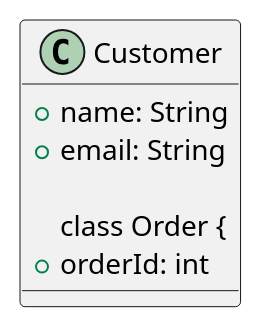
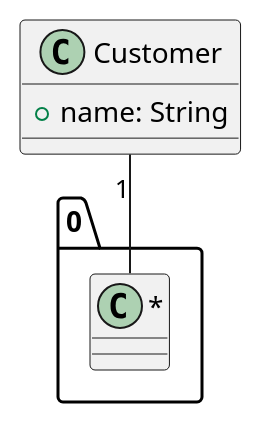
One commit to Haibrosh/OOAD_PlantUML_CICD changed the diagram in docs/test-diagram.puml. Above: the diagram before and after it, drawn with PlantUML. The commit also changed 1 other file, not shown here.

```diff
--- a/docs/test-diagram.puml
+++ b/docs/test-diagram.puml
@@ -1,11 +1,9 @@
 @startuml
 
 class Customer {
     +name: String
-    +email: String
-
-class Order {
-    +orderId: int
 }
 
+Customer "1" -- "0..*" 
+
 @enduml
```
